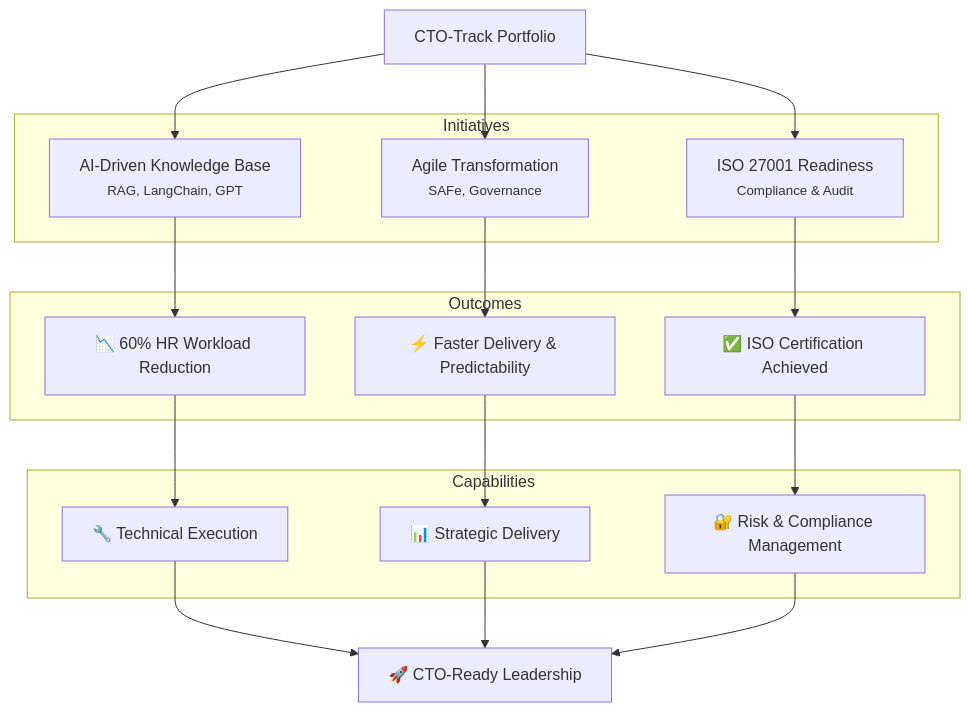
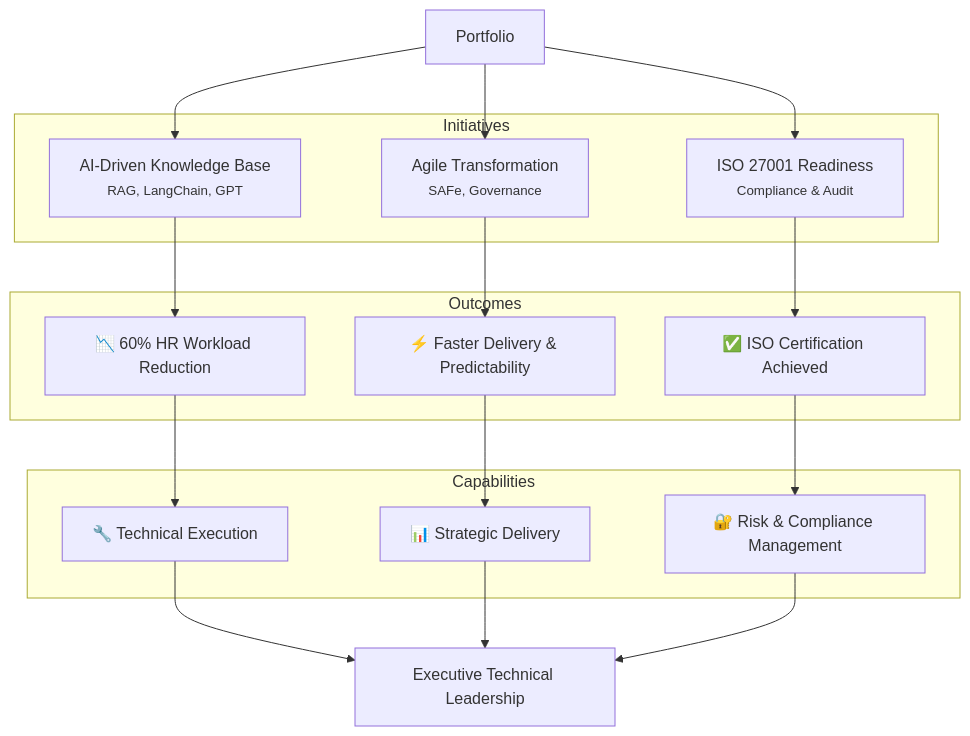
Before and after one commit to CSkarki/Tech-Leadership: the diagram in README.md, drawn with Mermaid. The commit also changed other lines of this file, not shown here.

````diff
--- a/README.md
+++ b/README.md
@@ -34,34 +34,34 @@
 ```mermaid
 graph TD
-    Start[CTO-Track Portfolio]
+    Start[Portfolio]
 
     subgraph Initiatives
         AI[AI-Driven Knowledge Base<br><small>RAG, LangChain, GPT</small>]
         AG[Agile Transformation<br><small>SAFe, Governance</small>]
         ISO[ISO 27001 Readiness<br><small>Compliance & Audit</small>]
     end
 
     subgraph Outcomes
         O1[📉 60% HR Workload Reduction]
         O2[⚡ Faster Delivery & Predictability]
         O3[✅ ISO Certification Achieved]
     end
 
     subgraph Capabilities
         C1[🔧 Technical Execution]
         C2[📊 Strategic Delivery]
         C3[🔐 Risk & Compliance Management]
     end
 
     AI --> O1 --> C1
     AG --> O2 --> C2
     ISO --> O3 --> C3
 
-    C1 --> CTO[🚀 CTO-Ready Leadership]
+    C1 --> CTO[ Executive Technical Leadership]
     C2 --> CTO
     C3 --> CTO
 
     Start --> AI
     Start --> AG
     Start --> ISO
 ```
````
